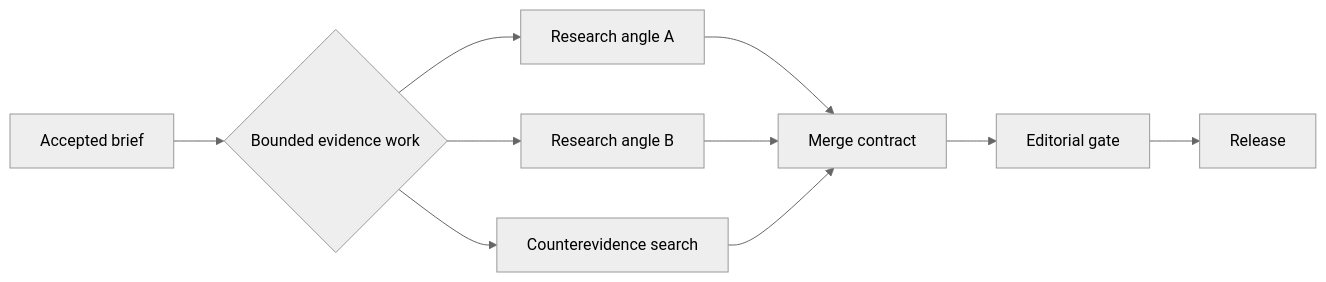
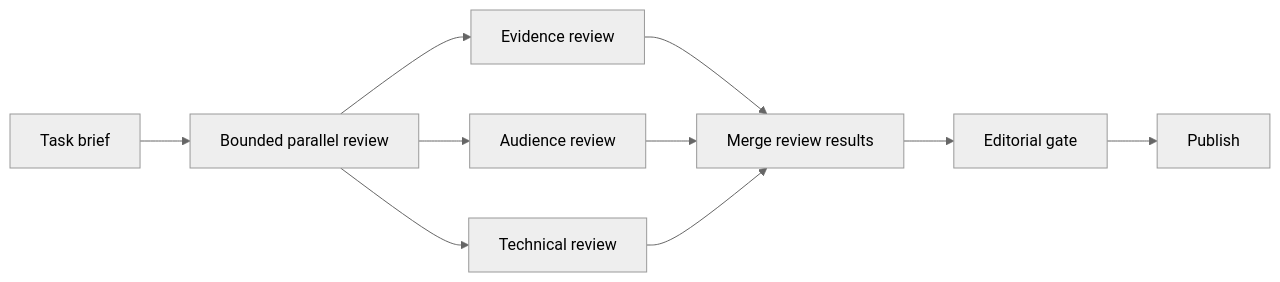
Before and after one commit to Herbertcuba/herbertcuba-personal-blog: the second of 2 diagrams in src/drafts/df3f4646.md, drawn with Mermaid (neutral theme). The commit also changed other lines of this file, not shown here.

Commit message:
draft(t_3af0b546): Use a Pipeline Until the Work Proves It Needs a Graph

````diff
--- a/src/drafts/df3f4646.md
+++ b/src/drafts/df3f4646.md
@@ -47,12 +49,12 @@
 ```mermaid
 flowchart LR
-    A[Accepted brief] --> B{Bounded evidence work}
-    B --> R1[Research angle A]
-    B --> R2[Research angle B]
-    B --> R3[Counterevidence search]
-    R1 --> M[Merge contract]
-    R2 --> M
-    R3 --> M
-    M --> G[Editorial gate]
-    G --> P[Release]
+    B["Task brief"] --> R["Bounded parallel review"]
+    R --> E["Evidence review"]
+    R --> A["Audience review"]
+    R --> T["Technical review"]
+    E --> M["Merge review results"]
+    A --> M
+    T --> M
+    M --> G["Editorial gate"]
+    G --> P["Publish"]
 ```
````
